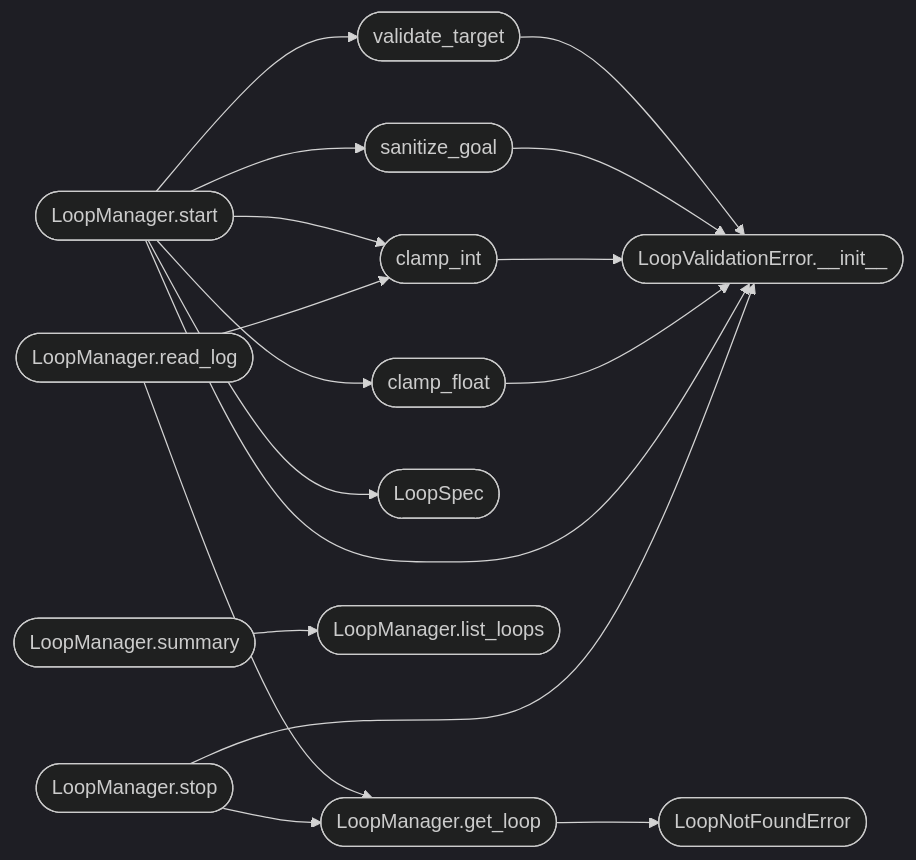
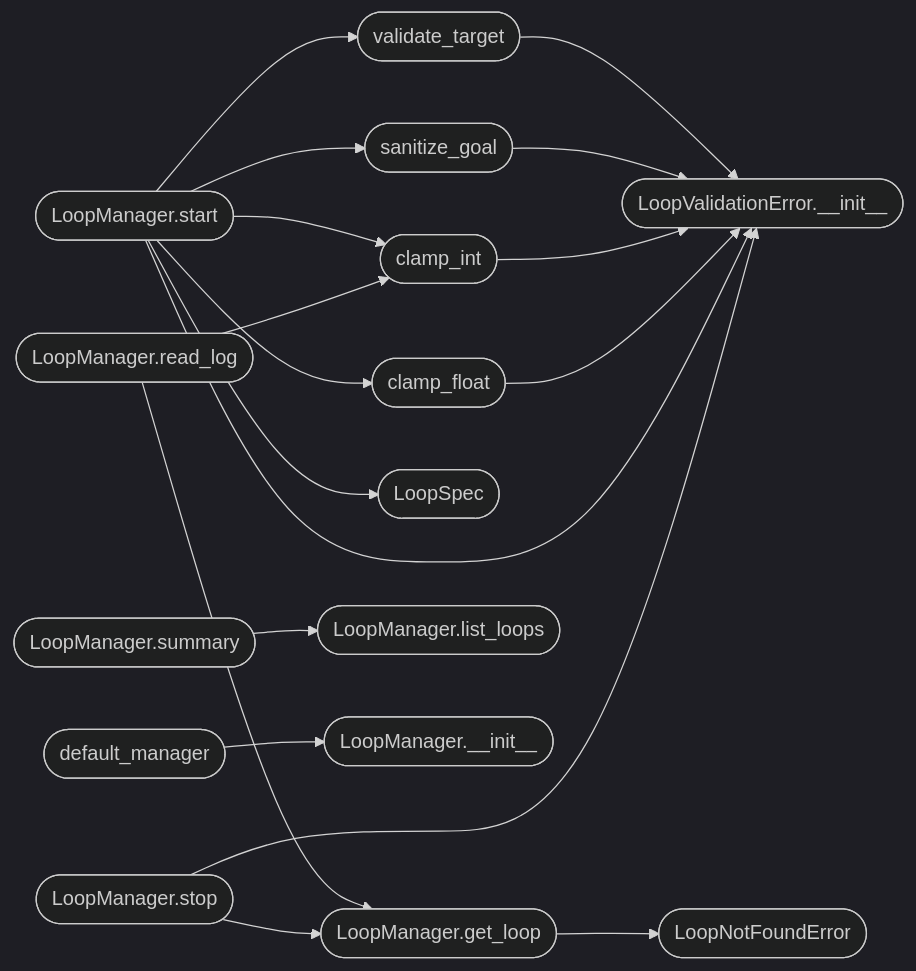
The second of 2 diagrams in readmenator-apidocs/modules/modules.loop_manager.py.md (grisuno/LazyOwn), drawn with Mermaid (dark theme) before and after one commit. The commit also changed other lines of this file and 508 other files, not shown here.

````diff
--- a/readmenator-apidocs/modules/modules.loop_manager.py.md
+++ b/readmenator-apidocs/modules/modules.loop_manager.py.md
@@ -72,32 +72,35 @@
 ```mermaid
 flowchart LR
     n_modules_loop_manager_py__validate_target(["validate_target"])
     n_modules_loop_manager_py__LoopValidationError___init__(["LoopValidationError.__init__"])
     n_modules_loop_manager_py__sanitize_goal(["sanitize_goal"])
     n_modules_loop_manager_py__clamp_int(["clamp_int"])
     n_modules_loop_manager_py__clamp_float(["clamp_float"])
     n_modules_loop_manager_py__LoopManager_start(["LoopManager.start"])
     n_modules_loop_manager_py__LoopSpec(["LoopSpec"])
     n_modules_loop_manager_py__LoopManager_get_loop(["LoopManager.get_loop"])
     n_modules_loop_manager_py__LoopNotFoundError(["LoopNotFoundError"])
     n_modules_loop_manager_py__LoopManager_read_log(["LoopManager.read_log"])
     n_modules_loop_manager_py__LoopManager_stop(["LoopManager.stop"])
     n_modules_loop_manager_py__LoopManager_summary(["LoopManager.summary"])
     n_modules_loop_manager_py__LoopManager_list_loops(["LoopManager.list_loops"])
+    n_modules_loop_manager_py__default_manager(["default_manager"])
+    n_modules_loop_manager_py__LoopManager___init__(["LoopManager.__init__"])
     n_modules_loop_manager_py__validate_target --> n_modules_loop_manager_py__LoopValidationError___init__
     n_modules_loop_manager_py__sanitize_goal --> n_modules_loop_manager_py__LoopValidationError___init__
     n_modules_loop_manager_py__clamp_int --> n_modules_loop_manager_py__LoopValidationError___init__
     n_modules_loop_manager_py__clamp_float --> n_modules_loop_manager_py__LoopValidationError___init__
     n_modules_loop_manager_py__LoopManager_start --> n_modules_loop_manager_py__LoopSpec
     n_modules_loop_manager_py__LoopManager_start --> n_modules_loop_manager_py__LoopValidationError___init__
     n_modules_loop_manager_py__LoopManager_start --> n_modules_loop_manager_py__clamp_float
     n_modules_loop_manager_py__LoopManager_start --> n_modules_loop_manager_py__clamp_int
     n_modules_loop_manager_py__LoopManager_start --> n_modules_loop_manager_py__sanitize_goal
     n_modules_loop_manager_py__LoopManager_start --> n_modules_loop_manager_py__validate_target
     n_modules_loop_manager_py__LoopManager_get_loop --> n_modules_loop_manager_py__LoopNotFoundError
     n_modules_loop_manager_py__LoopManager_read_log --> n_modules_loop_manager_py__LoopManager_get_loop
     n_modules_loop_manager_py__LoopManager_read_log --> n_modules_loop_manager_py__clamp_int
     n_modules_loop_manager_py__LoopManager_stop --> n_modules_loop_manager_py__LoopManager_get_loop
     n_modules_loop_manager_py__LoopManager_stop --> n_modules_loop_manager_py__LoopValidationError___init__
     n_modules_loop_manager_py__LoopManager_summary --> n_modules_loop_manager_py__LoopManager_list_loops
+    n_modules_loop_manager_py__default_manager --> n_modules_loop_manager_py__LoopManager___init__
 ```
````
